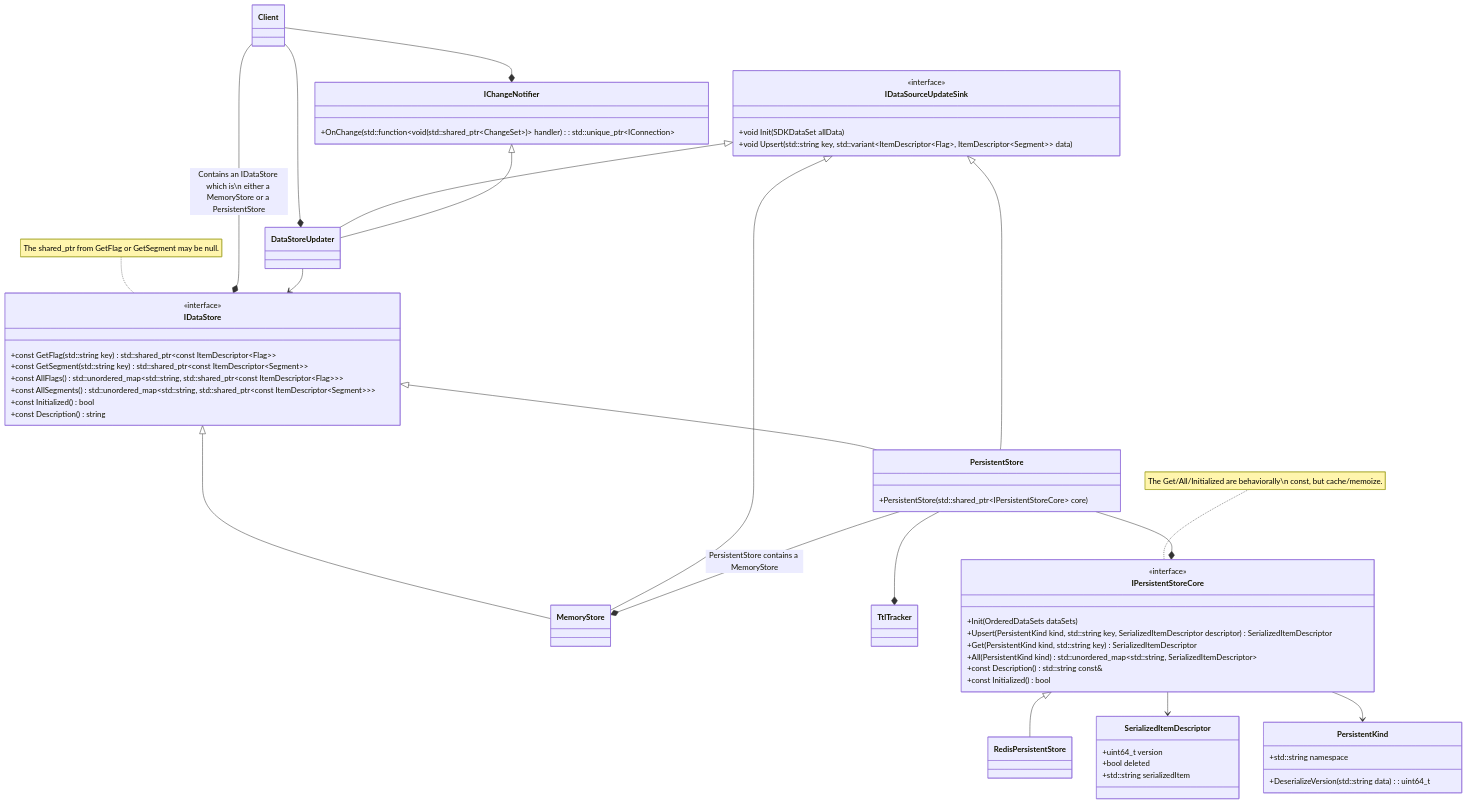
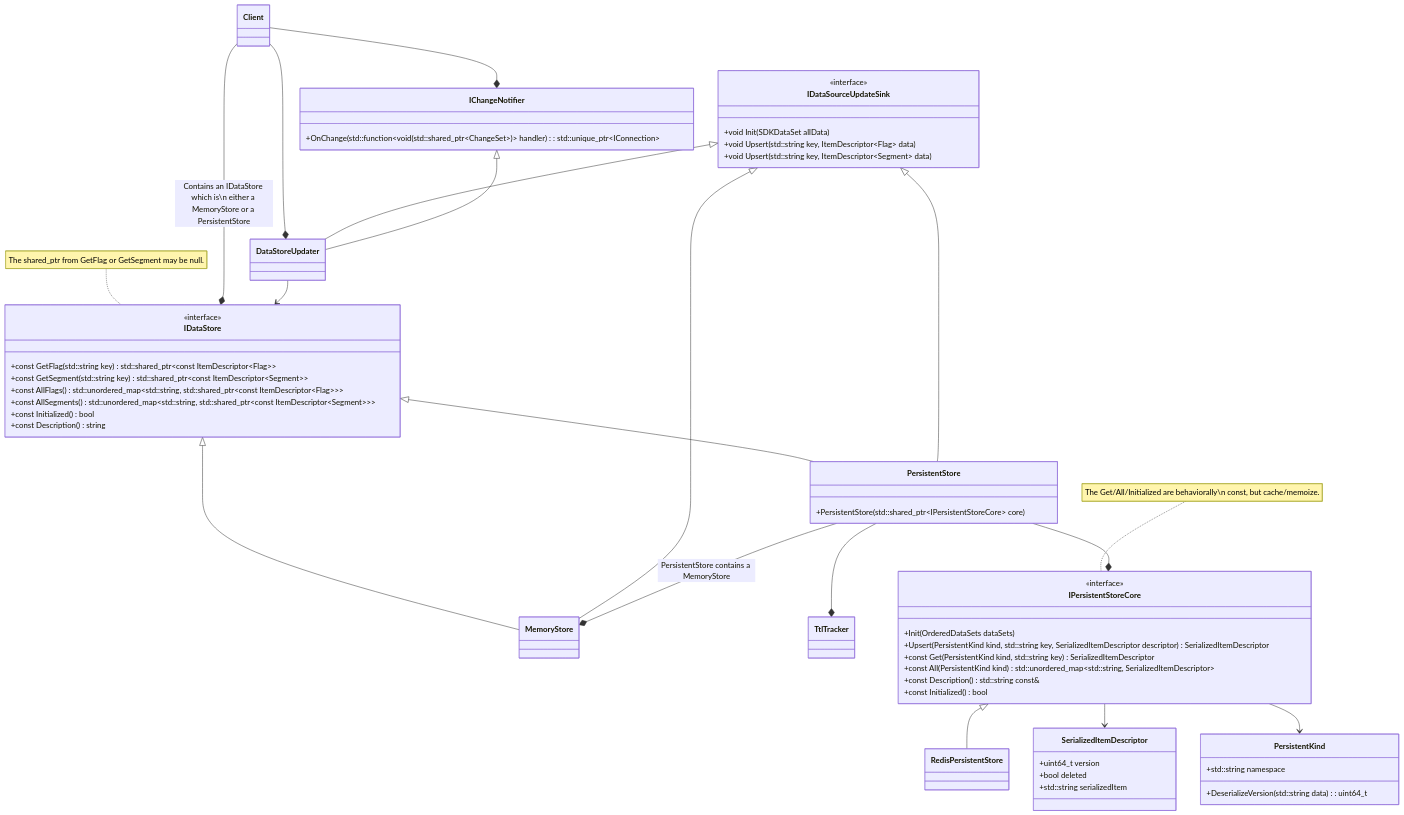
The diagram in architecture/server_store_arch.md (launchdarkly/cpp-sdks), drawn with Mermaid before and after one commit.

Commit message:
Overloads for upsert and add extra const qualifiers.

```diff
--- a/architecture/server_store_arch.md
+++ b/architecture/server_store_arch.md
@@ -47,8 +47,8 @@
         +Init(OrderedDataSets dataSets)
         +Upsert(PersistentKind kind, std::string key, SerializedItemDescriptor descriptor) SerializedItemDescriptor
 
-        +Get(PersistentKind kind, std::string key) SerializedItemDescriptor
-        +All(PersistentKind kind) std::unordered_map&lt;std::string, SerializedItemDescriptor&gt;
+        +const Get(PersistentKind kind, std::string key) SerializedItemDescriptor
+        +const All(PersistentKind kind) std::unordered_map&lt;std::string, SerializedItemDescriptor&gt;
 
         +const Description() std::string const&
         +const Initialized() bool
@@ -58,7 +58,8 @@
     class IDataSourceUpdateSink{
         <<interface>>
         +void Init(SDKDataSet allData)
-        +void Upsert(std::string key, std::variant&lt;ItemDescriptor&ltFlag&gt, ItemDescriptor&ltSegment&gt&gt; data)
+        +void Upsert(std::string key, ItemDescriptor~Flag~ data)
+        +void Upsert(std::string key, ItemDescriptor~Segment~ data)
     }
     
     note for IDataStore "The shared_ptr from GetFlag or GetSegment may be null."
```
